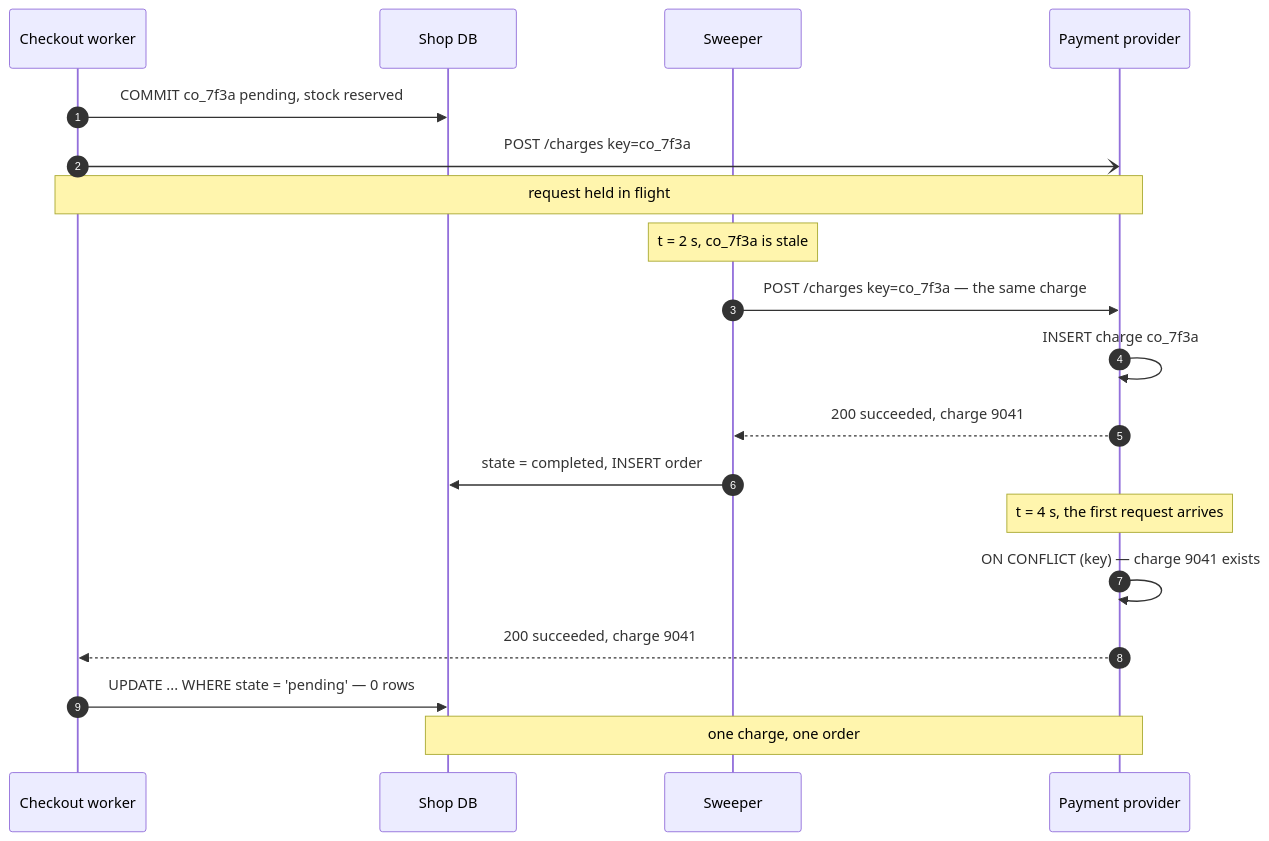
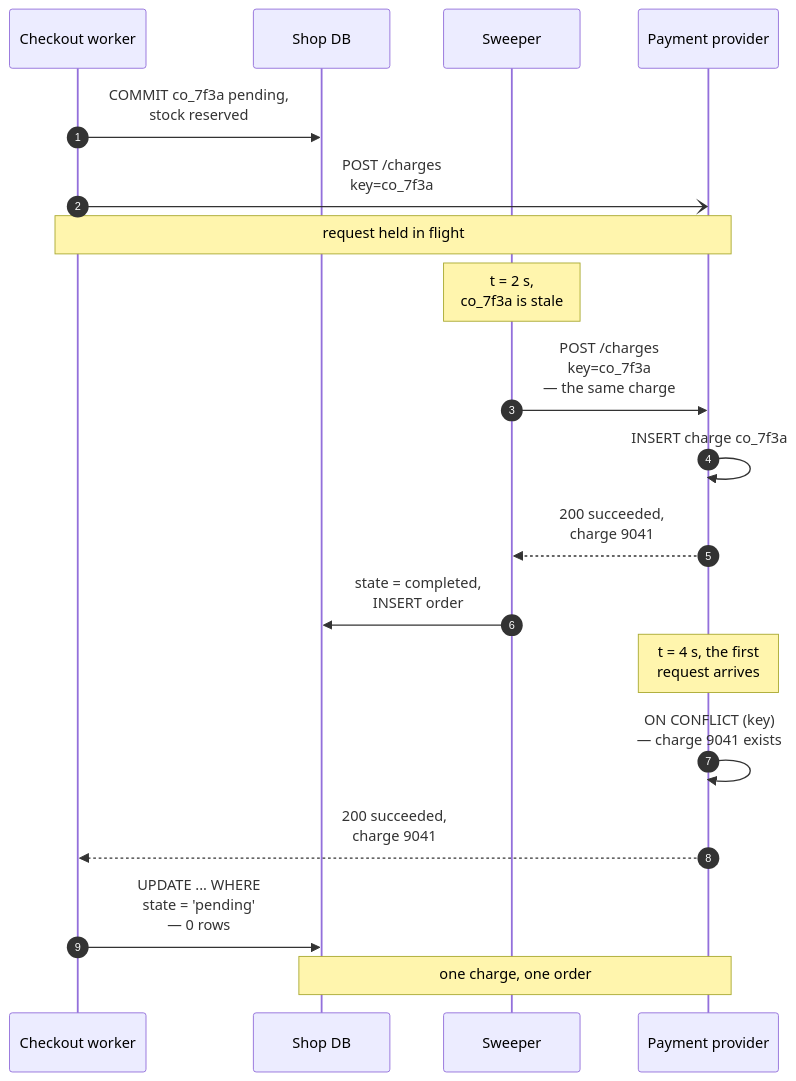
One commit to haraGADygyl/medium-python-articles changed the diagram in markdown/system-design-interview/assets/008/04-redrive.mmd. Above: the diagram before and after it, drawn with Mermaid. The commit also changed 69 other files, not shown here.

First line of the commit message:
feat: backfill system-design-interview 000-009 diagrams in the house style

```diff
--- a/markdown/system-design-interview/assets/008/04-redrive.mmd
+++ b/markdown/system-design-interview/assets/008/04-redrive.mmd
@@ -1,19 +1,19 @@
 sequenceDiagram
     autonumber
     participant W as Checkout worker
     participant S as Shop DB
     participant R as Sweeper
     participant P as Payment provider
-    W->>S: COMMIT co_7f3a pending, stock reserved
-    W-)P: POST /charges key=co_7f3a
+    W->>S: COMMIT co_7f3a pending,<br/>stock reserved
+    W-)P: POST /charges<br/>key=co_7f3a
     Note over W,P: request held in flight
-    Note over R: t = 2 s, co_7f3a is stale
-    R->>P: POST /charges key=co_7f3a — the same charge
+    Note over R: t = 2 s,<br/>co_7f3a is stale
+    R->>P: POST /charges<br/>key=co_7f3a<br/>— the same charge
     P->>P: INSERT charge co_7f3a
-    P-->>R: 200 succeeded, charge 9041
-    R->>S: state = completed, INSERT order
-    Note over P: t = 4 s, the first request arrives
-    P->>P: ON CONFLICT (key) — charge 9041 exists
-    P-->>W: 200 succeeded, charge 9041
-    W->>S: UPDATE ... WHERE state = 'pending' — 0 rows
+    P-->>R: 200 succeeded,<br/>charge 9041
+    R->>S: state = completed,<br/>INSERT order
+    Note over P: t = 4 s, the first<br/>request arrives
+    P->>P: ON CONFLICT (key)<br/>— charge 9041 exists
+    P-->>W: 200 succeeded,<br/>charge 9041
+    W->>S: UPDATE ... WHERE<br/>state = 'pending'<br/>— 0 rows
     Note over S,P: one charge, one order
```
